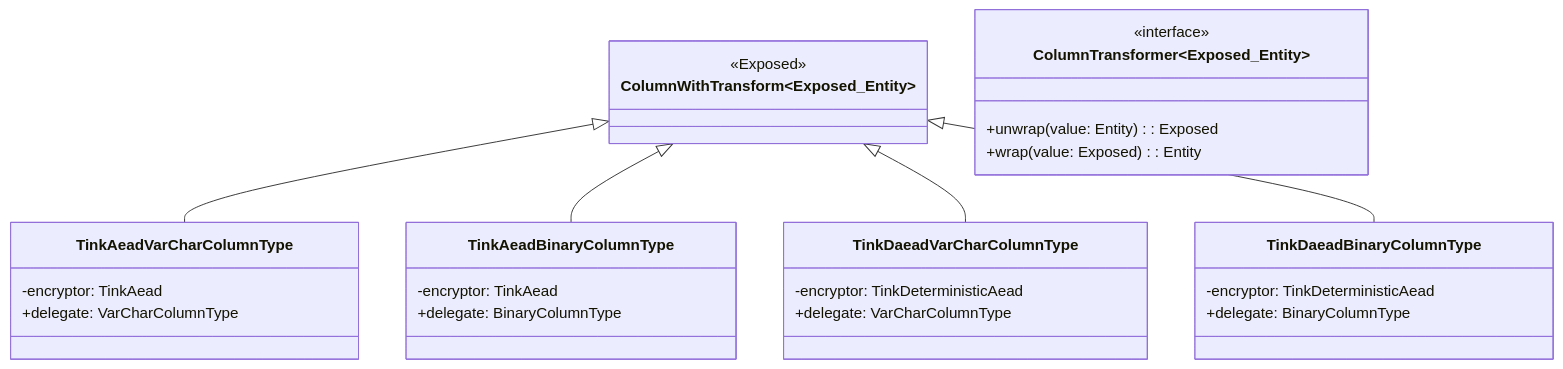
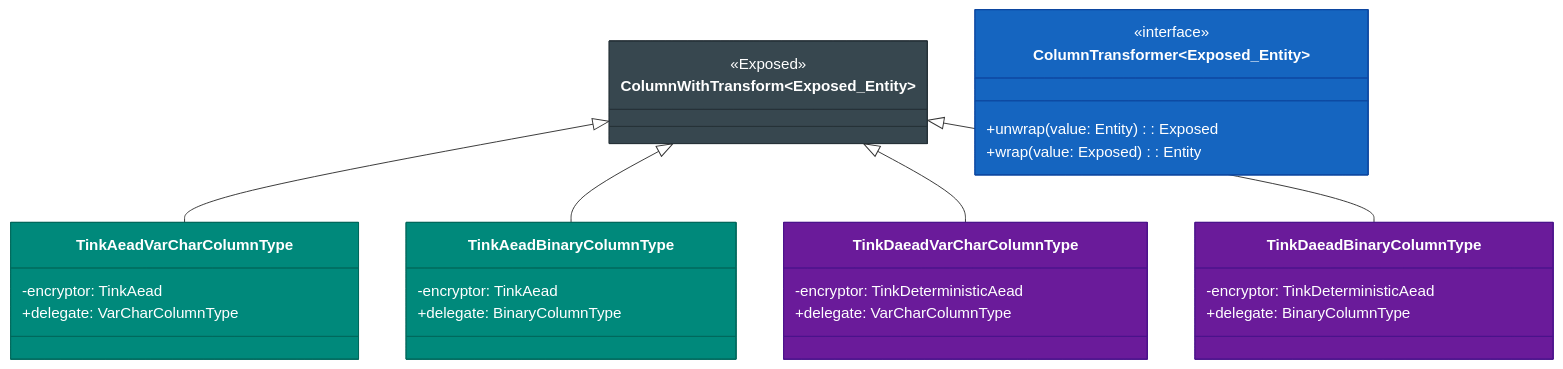
One commit to bluetape4k/bluetape4k-projects changed the second of 2 diagrams in data/exposed-tink/README.ko.md. Above: the diagram before and after it, drawn with Mermaid. The commit also changed other lines of this file and 221 other files, not shown here.

First line of the commit message:
docs: 전체 모듈 README UML 다이어그램 보강 및 색상 업그레이드

````diff
--- a/data/exposed-tink/README.ko.md
+++ b/data/exposed-tink/README.ko.md
@@ -235,33 +237,40 @@
 ```mermaid
 classDiagram
     class ColumnWithTransform~Exposed_Entity~ {
         <<Exposed>>
     }
     class ColumnTransformer~Exposed_Entity~ {
         <<interface>>
         +unwrap(value: Entity): Exposed
         +wrap(value: Exposed): Entity
     }
 
     class TinkAeadVarCharColumnType {
         -encryptor: TinkAead
         +delegate: VarCharColumnType
     }
     class TinkAeadBinaryColumnType {
         -encryptor: TinkAead
         +delegate: BinaryColumnType
     }
     class TinkDaeadVarCharColumnType {
         -encryptor: TinkDeterministicAead
         +delegate: VarCharColumnType
     }
     class TinkDaeadBinaryColumnType {
         -encryptor: TinkDeterministicAead
         +delegate: BinaryColumnType
     }
 
     ColumnWithTransform <|-- TinkAeadVarCharColumnType
     ColumnWithTransform <|-- TinkAeadBinaryColumnType
     ColumnWithTransform <|-- TinkDaeadVarCharColumnType
     ColumnWithTransform <|-- TinkDaeadBinaryColumnType
+
+    style ColumnWithTransform fill:#37474F,stroke:#263238,color:#FFFFFF
+    style ColumnTransformer fill:#1565C0,stroke:#0D47A1,color:#FFFFFF
+    style TinkAeadVarCharColumnType fill:#00897B,stroke:#00695C,color:#FFFFFF
+    style TinkAeadBinaryColumnType fill:#00897B,stroke:#00695C,color:#FFFFFF
+    style TinkDaeadVarCharColumnType fill:#6A1B9A,stroke:#4A148C,color:#FFFFFF
+    style TinkDaeadBinaryColumnType fill:#6A1B9A,stroke:#4A148C,color:#FFFFFF
 ```
````
